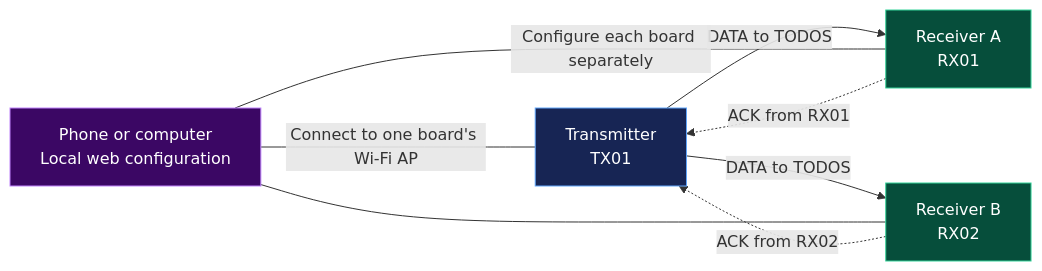
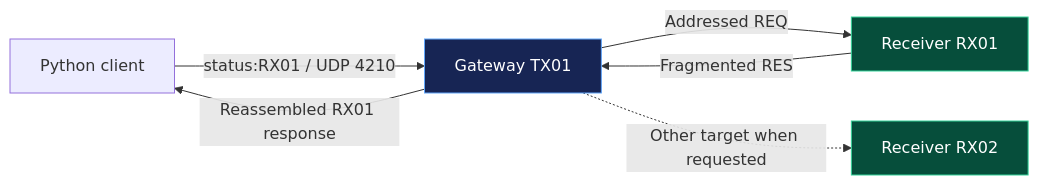
Before and after one commit to paulocfmarques-collab/ESP32Lora: the first of 8 diagrams in README.md, drawn with Mermaid. The commit also changed other lines of this file and 61 other files, not shown here.

````diff
--- a/README.md
+++ b/README.md
@@ -45,22 +35,12 @@
 ```mermaid
 flowchart LR
-    TX["Transmitter<br/>TX01"]
-    RX1["Receiver A<br/>RX01"]
-    RX2["Receiver B<br/>RX02"]
-    CONFIG["Phone or computer<br/>Local web configuration"]
-
-    TX -->|"DATA to TODOS"| RX1
-    TX -->|"DATA to TODOS"| RX2
-    RX1 -.->|"ACK from RX01"| TX
-    RX2 -.->|"ACK from RX02"| TX
-    CONFIG ---|"Connect to one board's Wi-Fi AP"| TX
-    CONFIG ---|"Configure each board separately"| RX1
-    CONFIG --- RX2
-
-    classDef sender fill:#172554,color:#fff,stroke:#60a5fa
+    PY["Python client"] -->|"status:RX01 / UDP 4210"| GW["Gateway TX01"]
+    GW -->|"Addressed REQ"| RX1["Receiver RX01"]
+    GW -.->|"Other target when requested"| RX2["Receiver RX02"]
+    RX1 -->|"Fragmented RES"| GW
+    GW -->|"Reassembled RX01 response"| PY
+    classDef gateway fill:#172554,color:#fff,stroke:#60a5fa
     classDef receiver fill:#064e3b,color:#fff,stroke:#34d399
-    classDef browser fill:#3b0764,color:#fff,stroke:#c084fc
-    class TX sender
+    class GW gateway
     class RX1,RX2 receiver
-    class CONFIG browser
 ```
````
